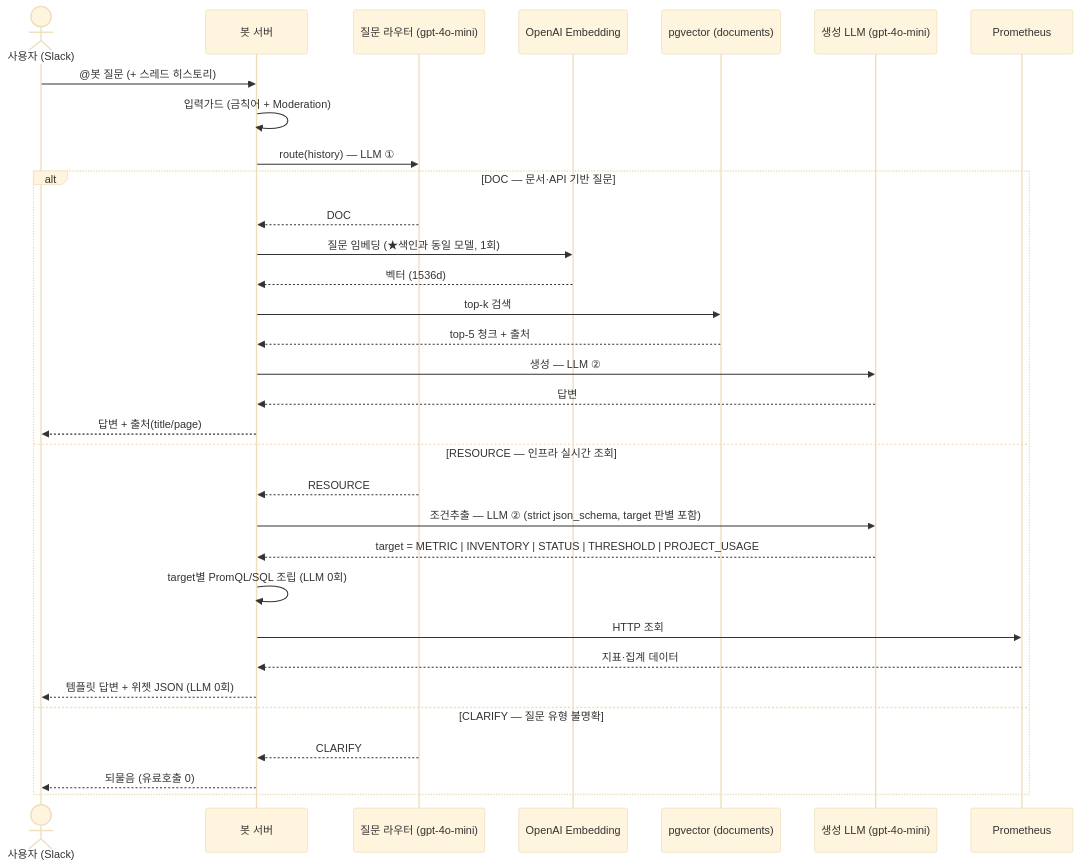
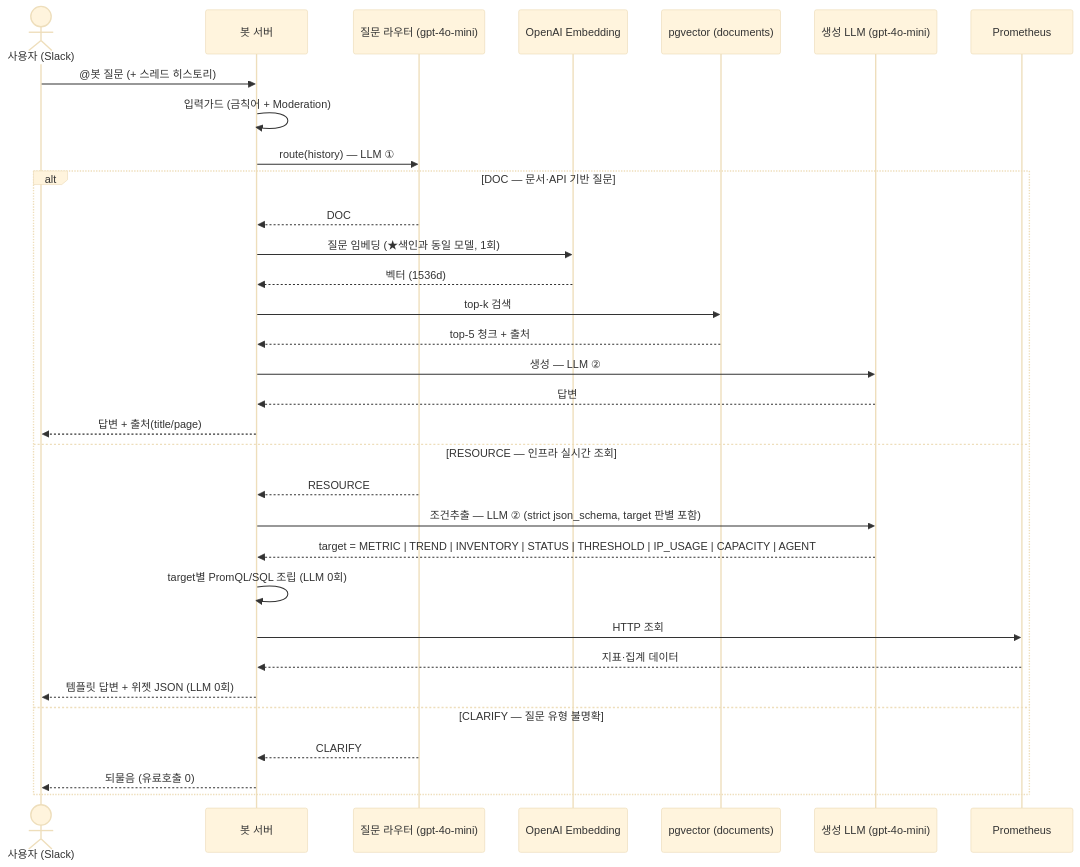
The diagram in README.md (ddongjunn/contrabass-rag), drawn with Mermaid (base theme) before and after one commit. The commit also changed other lines of this file and 31 other files, not shown here.

First line of the commit message:
feat(resource): 실존 메트릭 기반 target 재편 — PROJECT_USAGE 제거, IP_USAGE·CAPACITY·AGENT 신설 + TREND 클러스터 확장

````diff
--- a/README.md
+++ b/README.md
@@ -23,36 +23,36 @@
 ```mermaid
 sequenceDiagram
     actor U as 사용자 (Slack)
     participant B as 봇 서버
     participant R as 질문 라우터 (gpt-4o-mini)
     participant E as OpenAI Embedding
     participant D as pgvector (documents)
     participant L as 생성 LLM (gpt-4o-mini)
     participant P as Prometheus
 
     U->>B: @봇 질문 (+ 스레드 히스토리)
     B->>B: 입력가드 (금칙어 + Moderation)
     B->>R: route(history) — LLM ①
 
     alt DOC — 문서·API 기반 질문
         R-->>B: DOC
         B->>E: 질문 임베딩 (★색인과 동일 모델, 1회)
         E-->>B: 벡터 (1536d)
         B->>D: top-k 검색
         D-->>B: top-5 청크 + 출처
         B->>L: 생성 — LLM ②
         L-->>B: 답변
         B-->>U: 답변 + 출처(title/page)
     else RESOURCE — 인프라 실시간 조회
         R-->>B: RESOURCE
         B->>L: 조건추출 — LLM ② (strict json_schema, target 판별 포함)
-        L-->>B: target = METRIC | INVENTORY | STATUS | THRESHOLD | PROJECT_USAGE
+        L-->>B: target = METRIC | TREND | INVENTORY | STATUS | THRESHOLD | IP_USAGE | CAPACITY | AGENT
         B->>B: target별 PromQL/SQL 조립 (LLM 0회)
         B->>P: HTTP 조회
         P-->>B: 지표·집계 데이터
         B-->>U: 템플릿 답변 + 위젯 JSON (LLM 0회)
     else CLARIFY — 질문 유형 불명확
         R-->>B: CLARIFY
         B-->>U: 되물음 (유료호출 0)
     end
 ```
````
